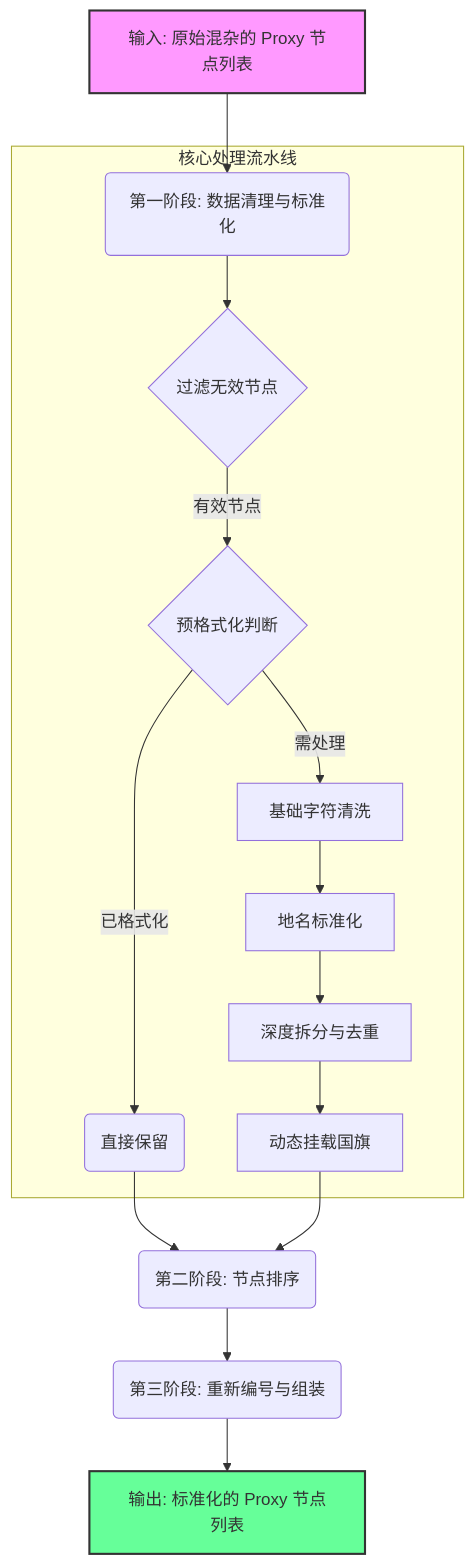
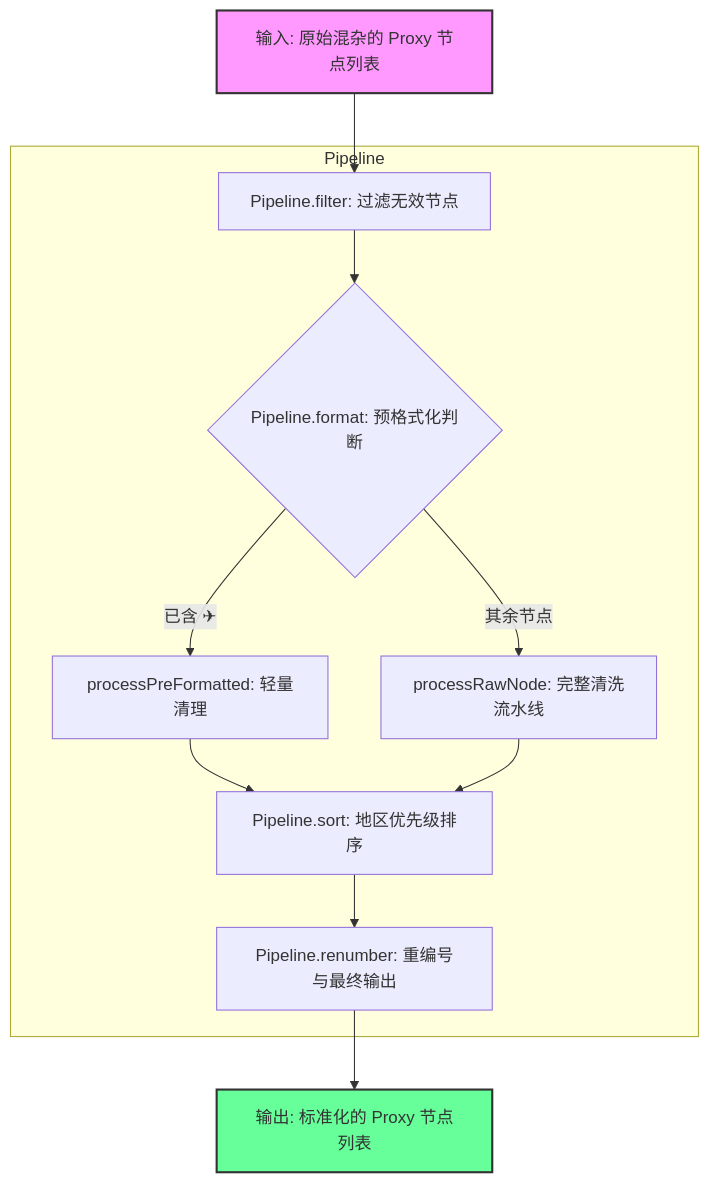
Before and after one commit to currycan/key: the fourth of 4 diagrams in docker/sb-xray/docs/03-routing-and-clients.md, drawn with Mermaid. The commit also changed other lines of this file, not shown here.

````diff
--- a/docker/sb-xray/docs/03-routing-and-clients.md
+++ b/docker/sb-xray/docs/03-routing-and-clients.md
@@ -274,22 +274,20 @@
 ```mermaid
 graph TD
-    A["输入: 原始混杂的 Proxy 节点列表"] --> B("第一阶段: 数据清理与标准化")
+    A["输入: 原始混杂的 Proxy 节点列表"] --> F0
 
-    subgraph 核心处理流水线
-        B --> C{"过滤无效节点"}
-        C -- "有效节点" --> D{"预格式化判断"}
-        D -- "已格式化" --> H("直接保留")
-        D -- "需处理" --> E["基础字符清洗"]
-        E --> F["地名标准化"]
-        F --> G["深度拆分与去重"]
-        G --> I["动态挂载国旗"]
+    subgraph Pipeline
+        F0["Pipeline.filter: 过滤无效节点"] --> F1
+        F1{"Pipeline.format: 预格式化判断"}
+        F1 -- "已含 ✈" --> PF["processPreFormatted: 轻量清理"]
+        F1 -- "其余节点" --> PR["processRawNode: 完整清洗流水线"]
+        PF --> S
+        PR --> S
+        S["Pipeline.sort: 地区优先级排序"] --> R
+        R["Pipeline.renumber: 重编号与最终输出"]
     end
 
-    H --> L("第二阶段: 节点排序")
-    I --> L
-    L --> M("第三阶段: 重新编号与组装")
-    M --> Z["输出: 标准化的 Proxy 节点列表"]
+    R --> Z["输出: 标准化的 Proxy 节点列表"]
 
     style A fill:#f9f,stroke:#333,stroke-width:2px
     style Z fill:#6f9,stroke:#333,stroke-width:2px
 ```
````
